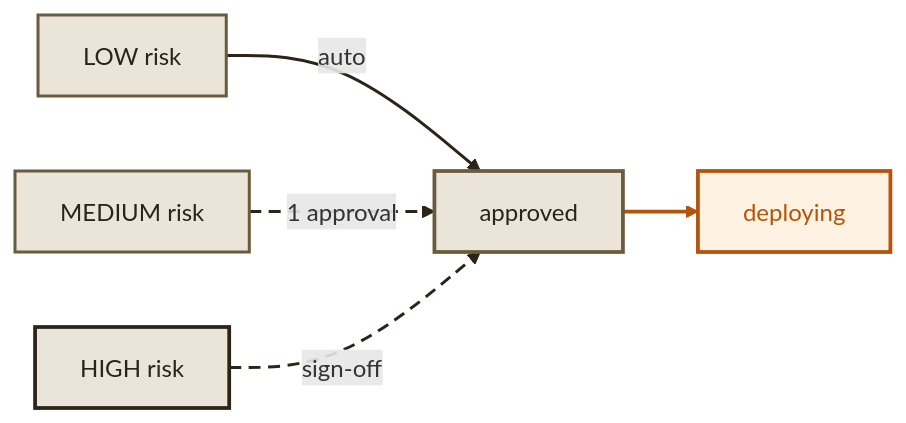
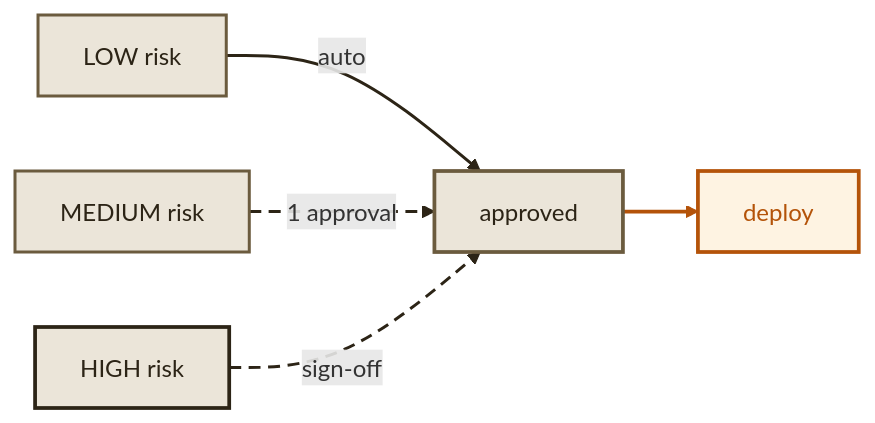
The fourth of 5 diagrams in docs/docs/pipeline.mdx (dunkinfrunkin/maestro), drawn with Mermaid before and after one commit. The commit also changed other lines of this file and 2 other files, not shown here.

Commit message:
docs: update all status references to new pipeline statuses
Fixed stale references in concepts/tasks, concepts/workers, and
pipeline lifecycle diagrams.

````diff
--- a/docs/docs/pipeline.mdx
+++ b/docs/docs/pipeline.mdx
@@ -114,18 +114,18 @@
 ```mermaid
 graph LR
   LOW["LOW risk"] -- "auto" --> APP["approved"]
   MED["MEDIUM risk"] -- "1 approval" --> APP
   HIGH["HIGH risk"] -- "sign-off" --> APP
-  APP --> DEP["deploying"]
+  APP --> DEP["deploy"]
 
   style LOW fill:#ebe5d9,stroke:#6b5b3e,stroke-width:2px,color:#2c2416
   style MED fill:#ebe5d9,stroke:#6b5b3e,stroke-width:2px,color:#2c2416
   style HIGH fill:#ebe5d9,stroke:#2c2416,stroke-width:2.5px,color:#2c2416
   style APP fill:#ebe5d9,stroke:#6b5b3e,stroke-width:2.5px,color:#2c2416
   style DEP fill:#fef3e2,stroke:#b45309,stroke-width:2.5px,color:#b45309
 
   linkStyle 0 stroke:#2c2416,stroke-width:2px
   linkStyle 1 stroke:#2c2416,stroke-width:2px,stroke-dasharray:8 5
   linkStyle 2 stroke:#2c2416,stroke-width:2px,stroke-dasharray:8 5
   linkStyle 3 stroke:#b45309,stroke-width:2.5px
 ```
````
